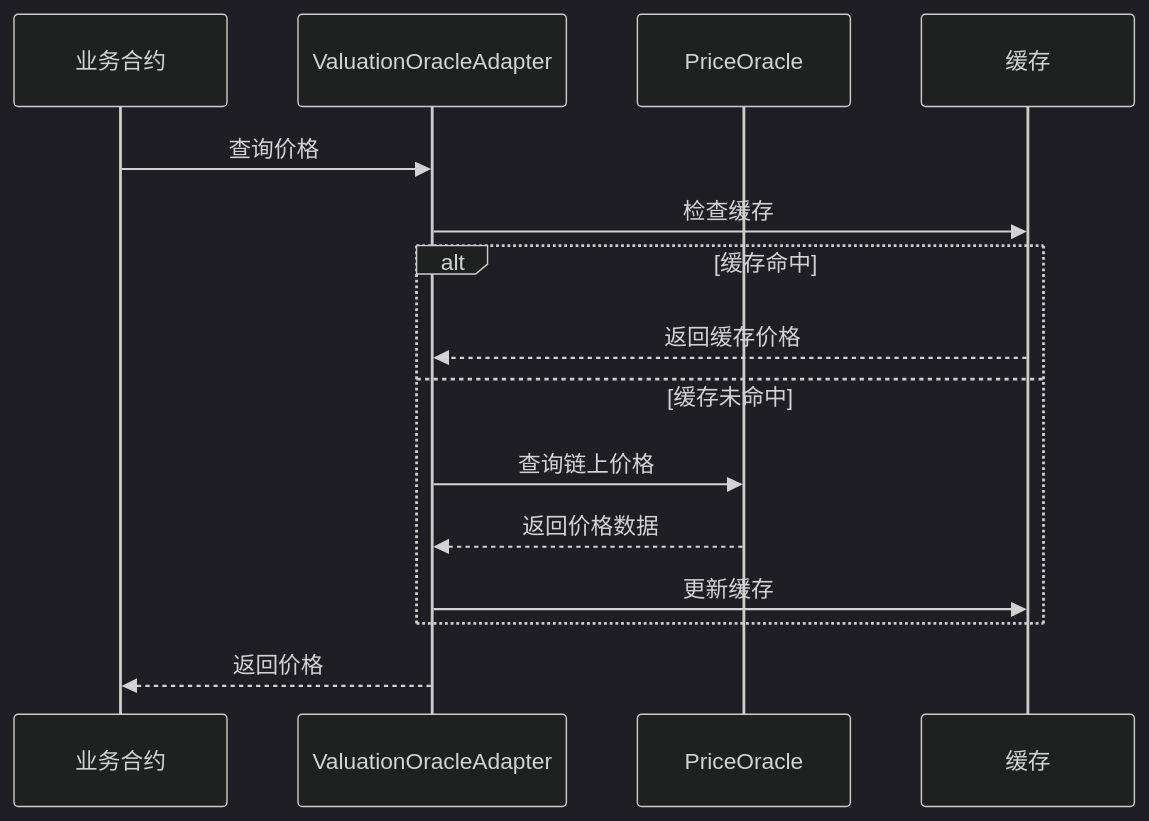
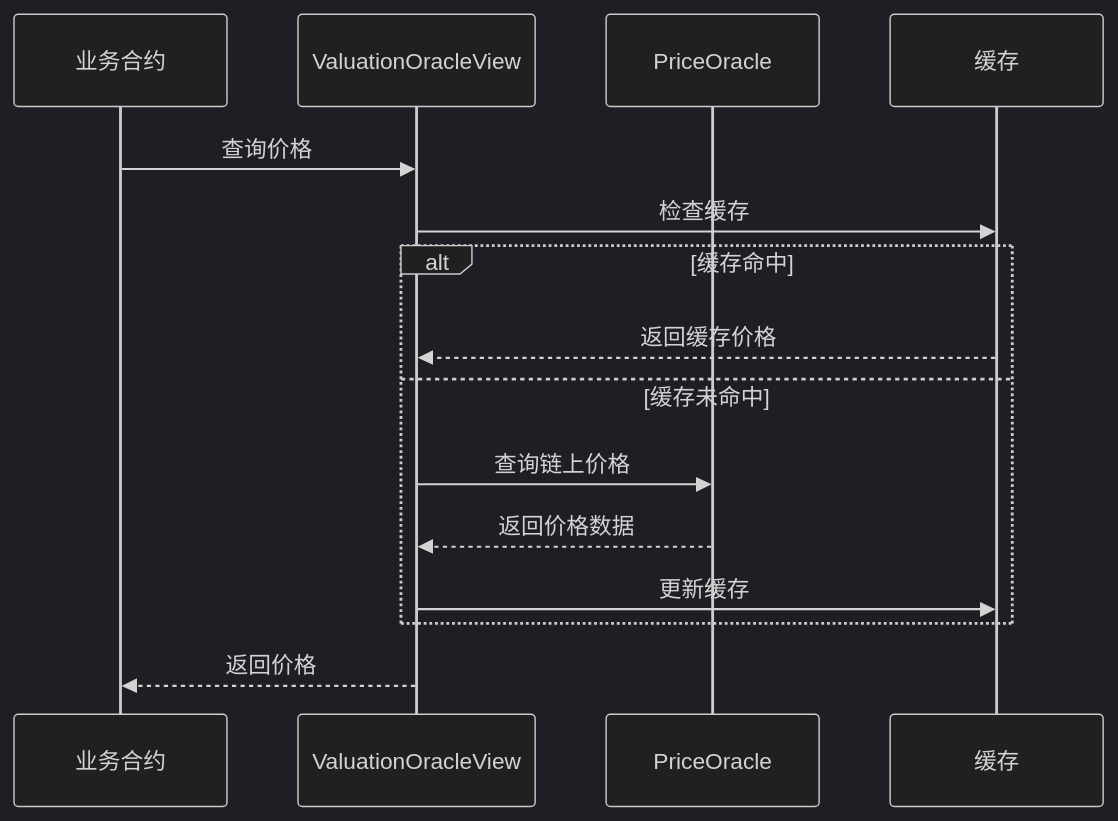
The third of 3 diagrams in docs/Usage-Guide/PriceOracle-Guide.md (Anyawb/contracts), drawn with Mermaid (dark theme) before and after one commit. The commit also changed other lines of this file and 347 other files, not shown here.

````diff
--- a/docs/Usage-Guide/PriceOracle-Guide.md
+++ b/docs/Usage-Guide/PriceOracle-Guide.md
@@ -272,18 +279,18 @@
 ```mermaid
 sequenceDiagram
     participant App as 业务合约
-    participant VOA as ValuationOracleAdapter
+    participant VOA as ValuationOracleView
     participant PO as PriceOracle
     participant Cache as 缓存
     
     App->>VOA: 查询价格
     VOA->>Cache: 检查缓存
     alt 缓存命中
         Cache-->>VOA: 返回缓存价格
     else 缓存未命中
         VOA->>PO: 查询链上价格
         PO-->>VOA: 返回价格数据
         VOA->>Cache: 更新缓存
     end
     VOA-->>App: 返回价格
 ```
````
